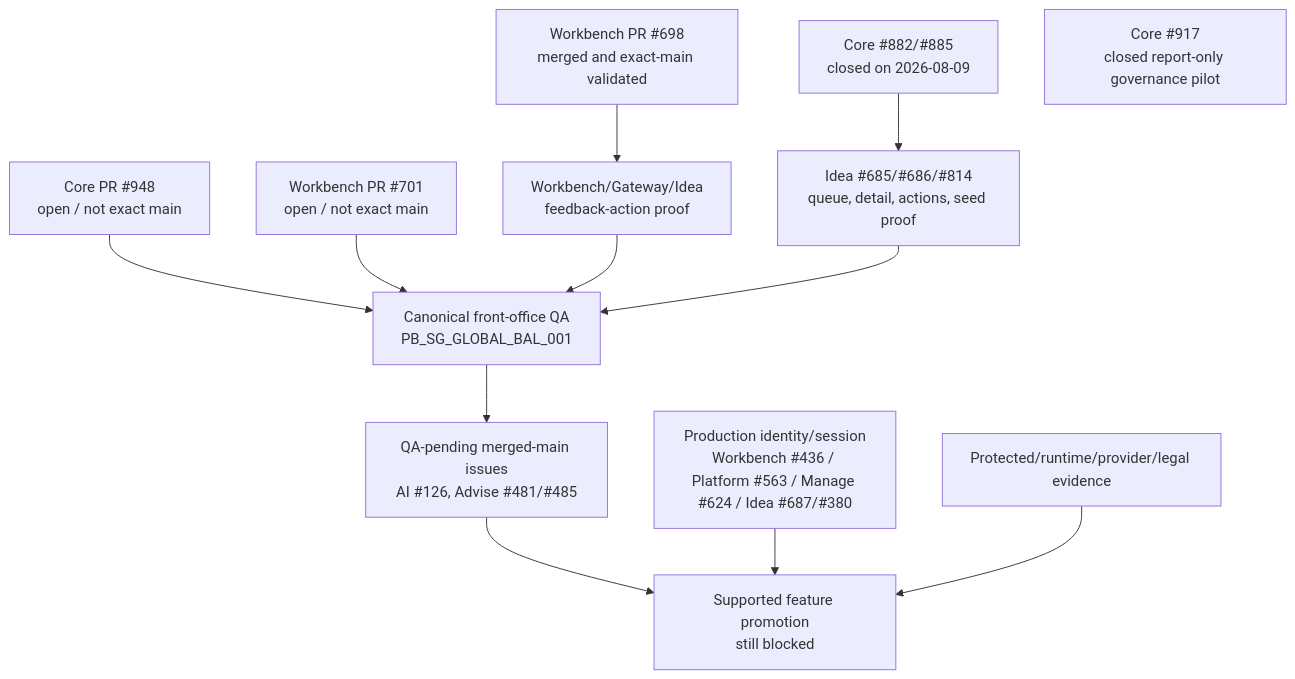
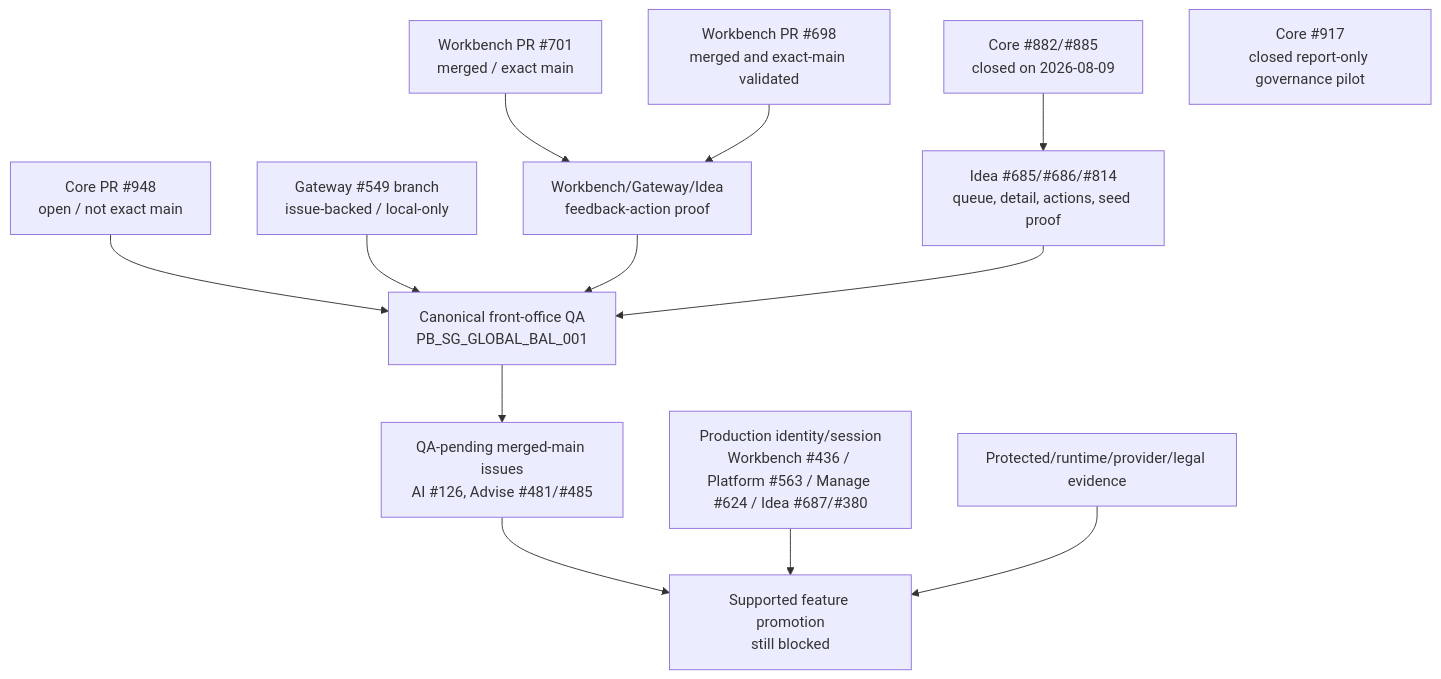
The second of 2 diagrams in wiki/RFC-0002-Execution-Status.md (sgajbi/lotus-idea), drawn with Mermaid before and after one commit. The commit also changed other lines of this file and 9 other files, not shown here.

````diff
--- a/wiki/RFC-0002-Execution-Status.md
+++ b/wiki/RFC-0002-Execution-Status.md
@@ -91,26 +91,28 @@
 ```mermaid
 flowchart TD
     CoreClosed["Core #882/#885<br/>closed on 2026-08-09"]
     Core948["Core PR #948<br/>open / not exact main"]
-    Workbench701["Workbench PR #701<br/>open / not exact main"]
+    Gateway549["Gateway #549 branch<br/>issue-backed / local-only"]
+    Workbench701["Workbench PR #701<br/>merged / exact main"]
     Workbench698["Workbench PR #698<br/>merged and exact-main validated"]
     Feedback["Workbench/Gateway/Idea<br/>feedback-action proof"]
     CanonicalQA["Canonical front-office QA<br/>PB_SG_GLOBAL_BAL_001"]
     IdeaProof["Idea #685/#686/#814<br/>queue, detail, actions, seed proof"]
     Core917["Core #917<br/>closed report-only governance pilot"]
     QAPending["QA-pending merged-main issues<br/>AI #126, Advise #481/#485"]
     Support["Supported feature promotion<br/>still blocked"]
     Identity["Production identity/session<br/>Workbench #436 / Platform #563 / Manage #624 / Idea #687/#380"]
     Protected["Protected/runtime/provider/legal evidence"]
 
     CoreClosed --> IdeaProof
     Core948 --> CanonicalQA
-    Workbench701 --> CanonicalQA
+    Gateway549 --> CanonicalQA
+    Workbench701 --> Feedback
     Workbench698 --> Feedback
     Feedback --> CanonicalQA
     IdeaProof --> CanonicalQA
     CanonicalQA --> QAPending
     QAPending --> Support
     Identity --> Support
     Protected --> Support
 ```
````
